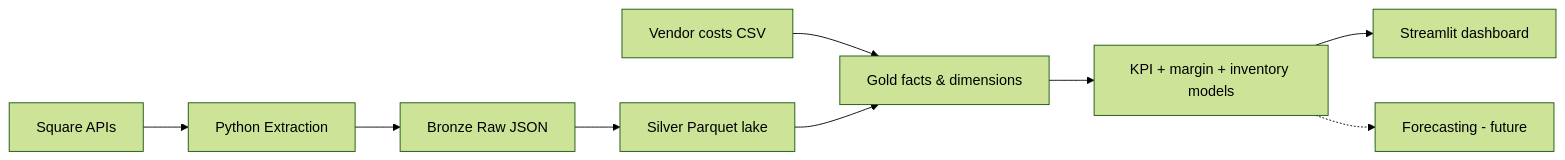
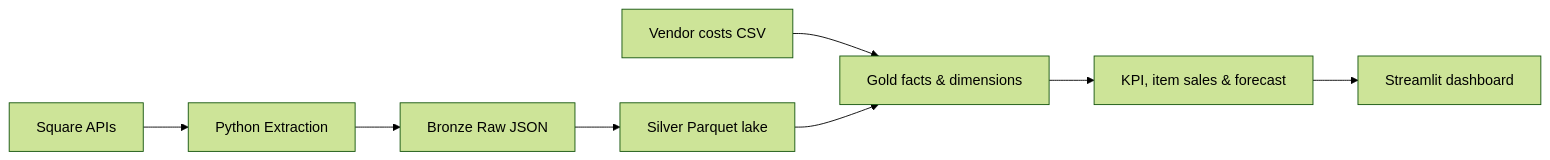
One commit to christhesyrian/retailpulse-data-platform changed the diagram in README.md. Above: the diagram before and after it, drawn with Mermaid (forest theme). The commit also changed other lines of this file and 2 other files, not shown here.

First line of the commit message:
docs: foreground item sales + forecasting; document optional margin/inventory

````diff
--- a/README.md
+++ b/README.md
@@ -27,11 +27,10 @@
 ```mermaid
 flowchart LR
     A[Square APIs] --> B[Python Extraction]
     V[Vendor costs CSV] --> E
     B --> C[Bronze Raw JSON]
     C --> D[Silver Parquet lake]
     D --> E[Gold facts & dimensions]
-    E --> K[KPI + margin + inventory models]
+    E --> K[KPI, item sales & forecast]
     K --> F[Streamlit dashboard]
-    K -.-> G[Forecasting - future]
 ```
````
